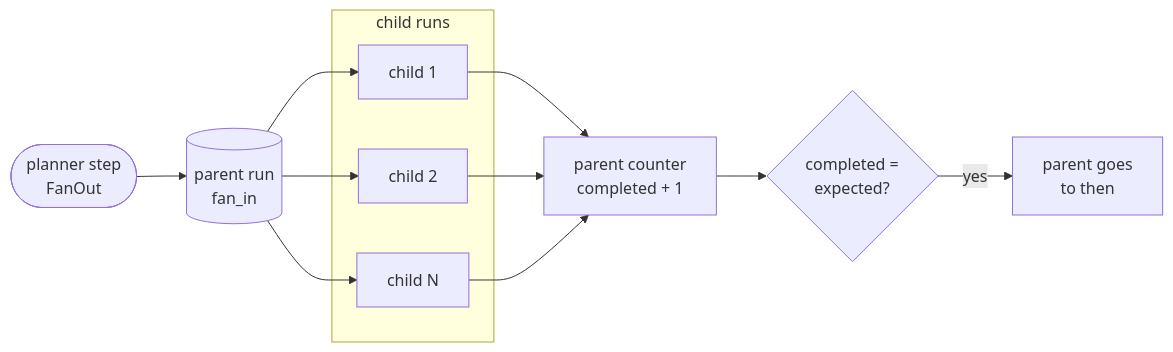
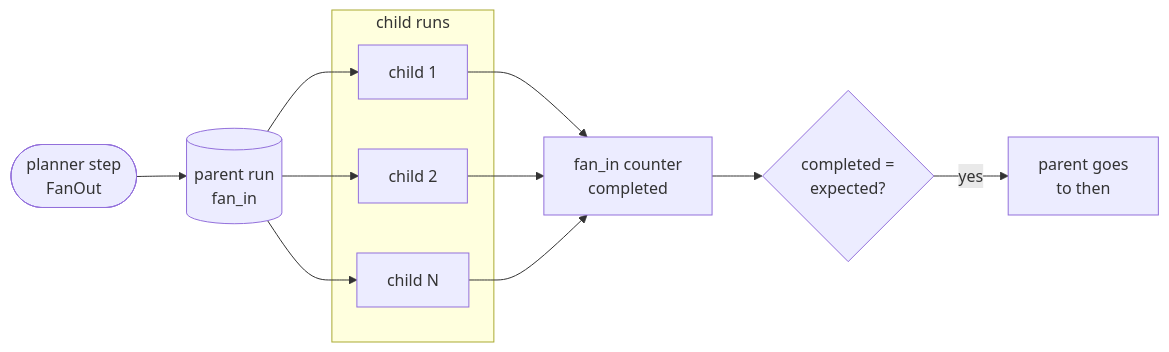
The first of 2 diagrams in 07-application-agent-framework/long-running-durable/lra-gcp/docs/primer.md (aniryou/full-stack-agentic-engineer), drawn with Mermaid before and after one commit. The commit also changed other lines of this file and 142 other files, not shown here.

````diff
--- a/07-application-agent-framework/long-running-durable/lra-gcp/docs/primer.md
+++ b/07-application-agent-framework/long-running-durable/lra-gcp/docs/primer.md
@@ -200,17 +200,17 @@
 ```mermaid
 flowchart LR
     P(["planner step<br/>FanOut"]) --> F[("parent run<br/>fan_in")]
     subgraph CH["child runs"]
         C1["child 1"]
         C2["child 2"]
         C3["child N"]
     end
     F --> C1
     F --> C2
     F --> C3
     C1 --> N
     C2 --> N
     C3 --> N
-    N["parent counter<br/>completed + 1"] --> D{"completed =<br/>expected?"}
+    N["fan_in counter<br/>completed"] --> D{"completed =<br/>expected?"}
     D -->|yes| T["parent goes<br/>to then"]
 ```
````
